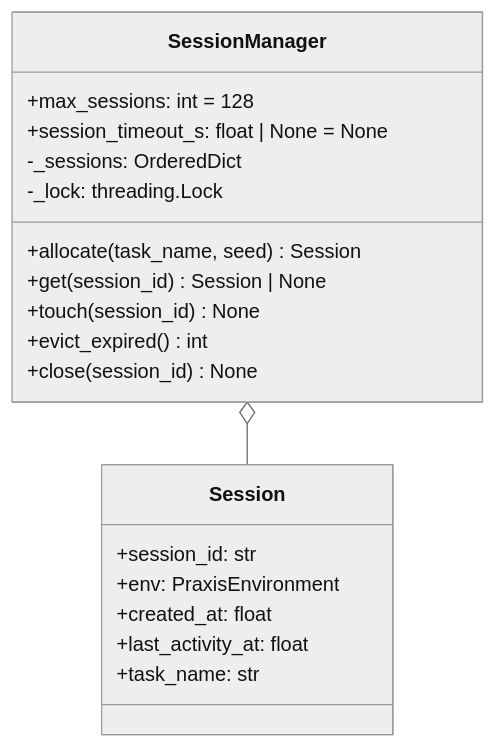
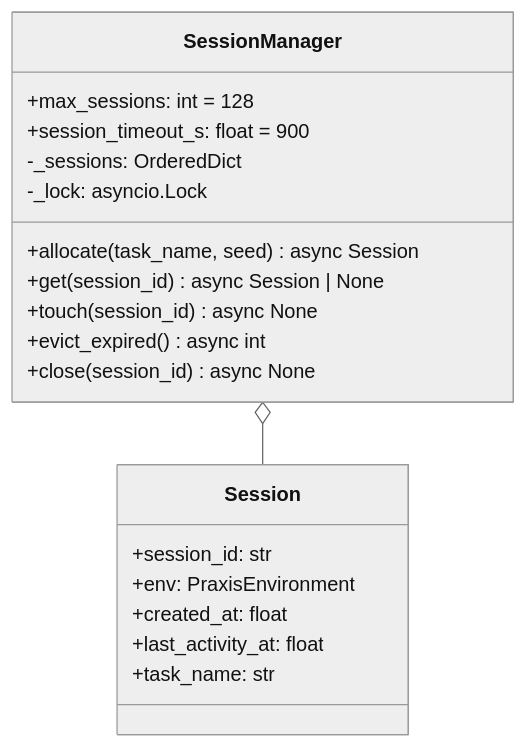
One commit to Gokul287/Praxis changed the first of 2 diagrams in idea/Plan/Architecture/ConcurrencyModel.md. Above: the diagram before and after it, drawn with Mermaid (neutral theme). The commit also changed other lines of this file and 16 other files, not shown here.

````diff
--- a/idea/Plan/Architecture/ConcurrencyModel.md
+++ b/idea/Plan/Architecture/ConcurrencyModel.md
@@ -23,22 +23,22 @@
 ```mermaid
 classDiagram
     class SessionManager {
         +max_sessions: int = 128
-        +session_timeout_s: float | None = None
+        +session_timeout_s: float = 900
         -_sessions: OrderedDict<str, Session>
-        -_lock: threading.Lock
-        +allocate(task_name, seed) Session
-        +get(session_id) Session | None
-        +touch(session_id) None
-        +evict_expired() int
-        +close(session_id) None
+        -_lock: asyncio.Lock
+        +allocate(task_name, seed) async Session
+        +get(session_id) async Session | None
+        +touch(session_id) async None
+        +evict_expired() async int
+        +close(session_id) async None
     }
     class Session {
         +session_id: str
         +env: PraxisEnvironment
         +created_at: float
         +last_activity_at: float
         +task_name: str
     }
     SessionManager o-- Session
 ```
````
